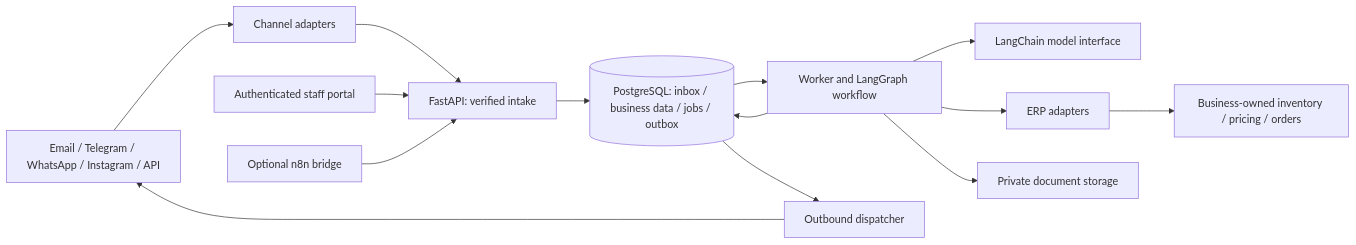
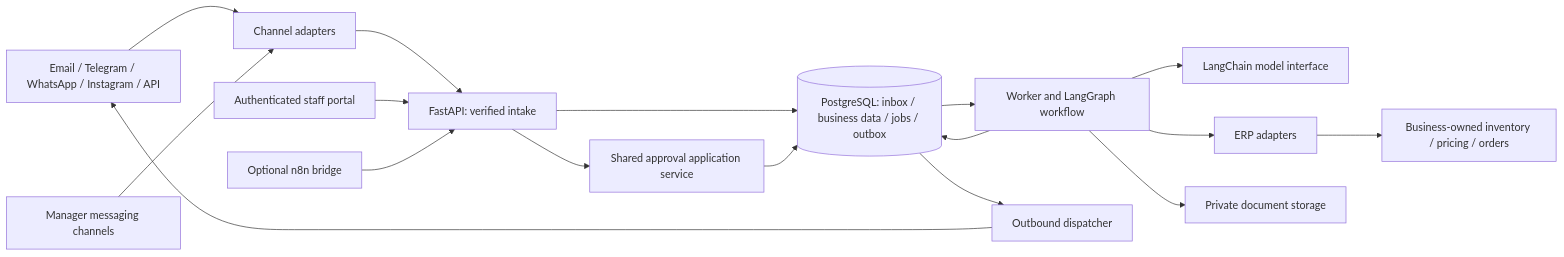
The diagram in .docs/architecture/system.md (nikunjramani/ai-sales-quotation-order-processing), drawn with Mermaid before and after one commit. The commit also changed other lines of this file and 25 other files, not shown here.

First line of the commit message:
docs: finalize approval flows and implementation readiness plan

````diff
--- a/.docs/architecture/system.md
+++ b/.docs/architecture/system.md
@@ -7,16 +7,19 @@
 ```mermaid
 flowchart LR
     C[Email / Telegram / WhatsApp / Instagram / API] --> A[Channel adapters]
     A --> I[FastAPI: verified intake]
     I --> D[(PostgreSQL: inbox / business data / jobs / outbox)]
     D --> W[Worker and LangGraph workflow]
     W --> L[LangChain model interface]
     W --> E[ERP adapters]
     E --> ERP[Business-owned inventory / pricing / orders]
     P[Authenticated staff portal] --> I
+    M[Manager messaging channels] --> A
+    I --> AP[Shared approval application service]
+    AP --> D
     W --> D
     D --> O[Outbound dispatcher]
     O --> C
     W --> S[Private document storage]
     N[Optional n8n bridge] --> I
 ```
````
